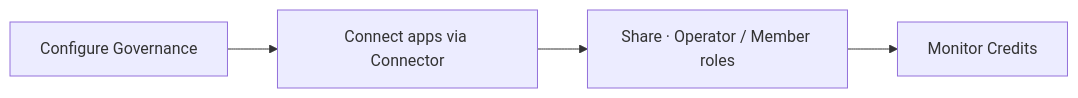
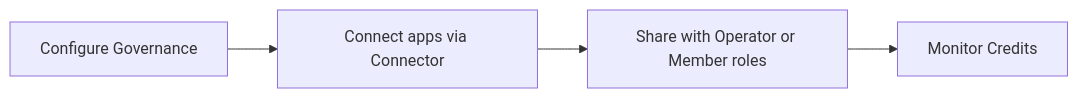
The ninth of 9 diagrams in Aselius Platform Documentations/aselius-workspace.md (Beunec/beunec-site-staging), drawn with Mermaid before and after one commit. The commit also changed other lines of this file and 99 other files, not shown here.

````diff
--- a/Aselius Platform Documentations/aselius-workspace.md
+++ b/Aselius Platform Documentations/aselius-workspace.md
@@ -762,6 +404,6 @@
 ```mermaid
 flowchart LR
     A["Configure Governance"] --> B["Connect apps via Connector"]
-    B --> C["Share · Operator / Member roles"]
+    B --> C["Share with Operator or Member roles"]
     C --> D["Monitor Credits"]
 ```
````
